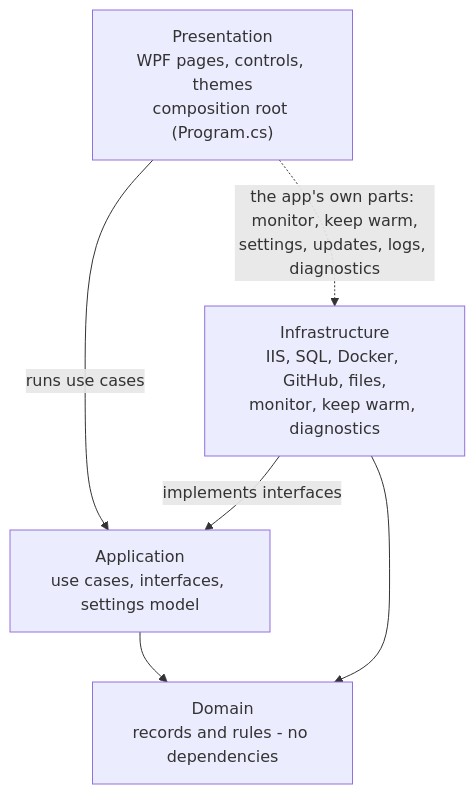
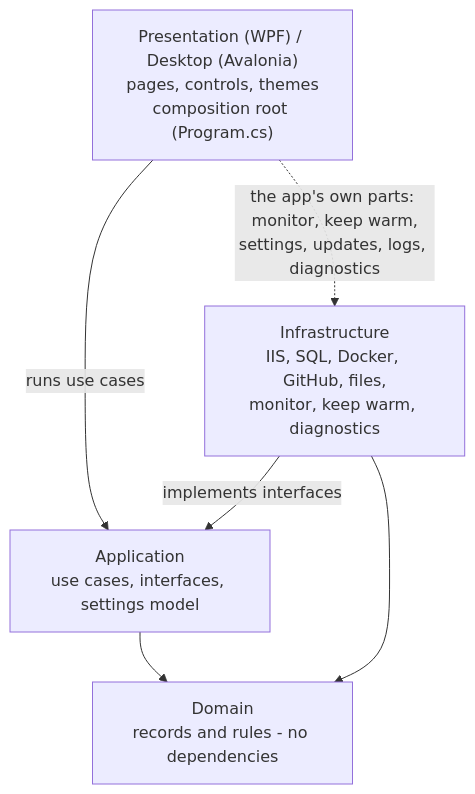
Before and after one commit to Albadit/DnnManager.NET: the first of 4 diagrams in .docs/architecture.md, drawn with Mermaid. The commit also changed other lines of this file and 63 other files, not shown here.

````diff
--- a/.docs/architecture.md
+++ b/.docs/architecture.md
@@ -23,12 +28,12 @@
 ```mermaid
 flowchart TD
-    P["Presentation<br/>WPF pages, controls, themes<br/>composition root (Program.cs)"]
+    P["Presentation (WPF) / Desktop (Avalonia)<br/>pages, controls, themes<br/>composition root (Program.cs)"]
     A["Application<br/>use cases, interfaces, settings model"]
     I["Infrastructure<br/>IIS, SQL, Docker, GitHub, files,<br/>monitor, keep warm, diagnostics"]
     D["Domain<br/>records and rules - no dependencies"]
     P -->|runs use cases| A
     P -.->|the app's own parts: monitor, keep warm,<br/>settings, updates, logs, diagnostics| I
     I -->|implements interfaces| A
     A --> D
     I --> D
 ```
````
